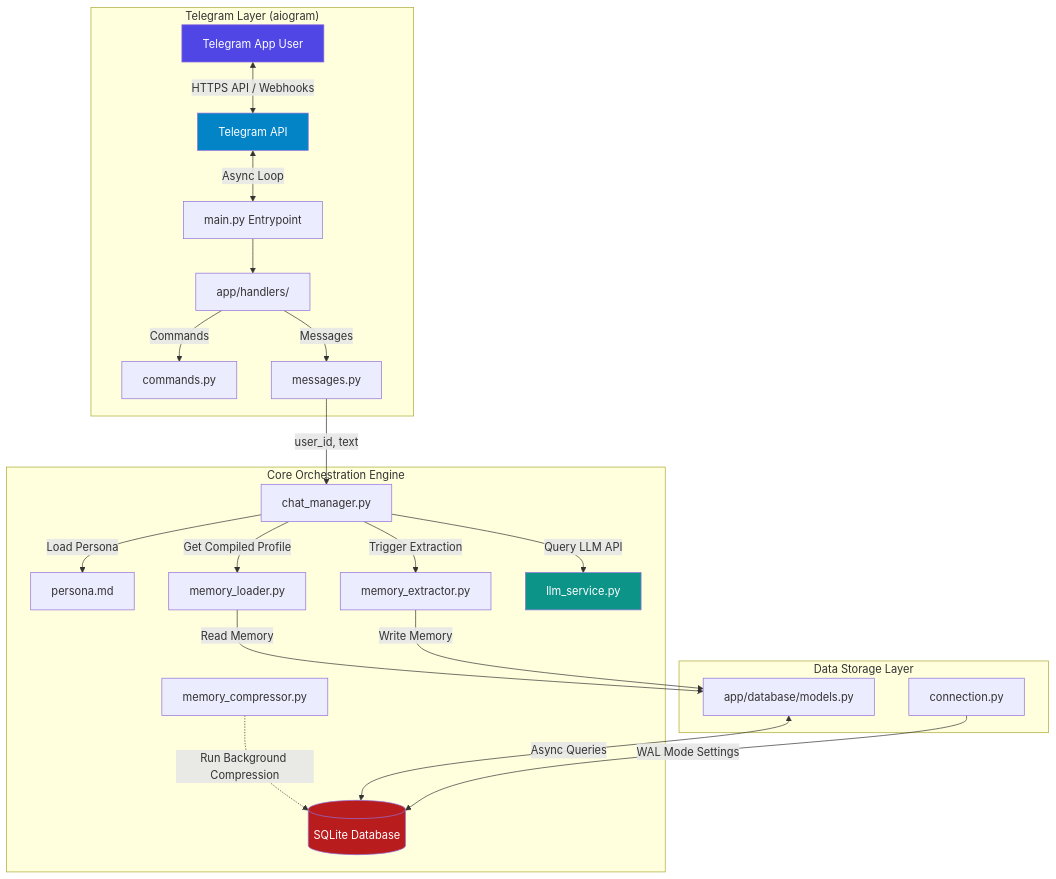
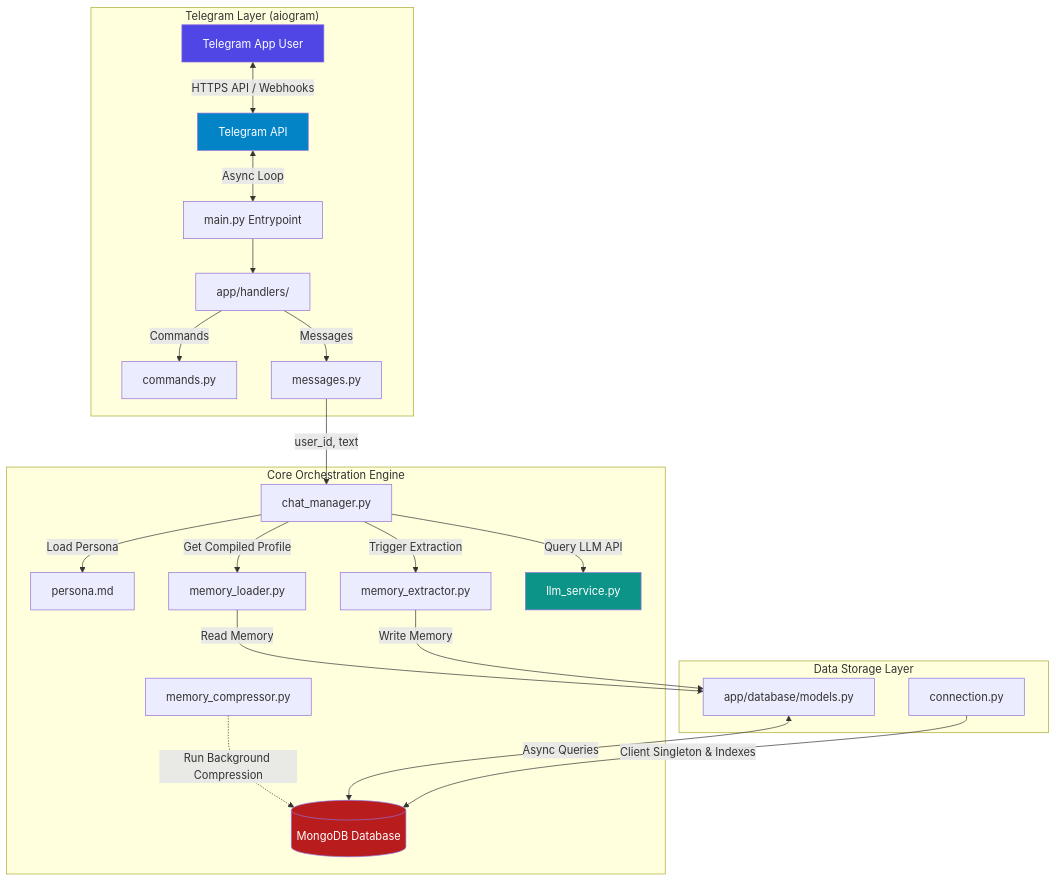
One commit to TechShreyash/ThinkMate changed the second of 2 diagrams in docs/architecture.md. Above: the diagram before and after it, drawn with Mermaid. The commit also changed other lines of this file and 33 other files, not shown here.

First line of the commit message:
feat: migrate database layer to MongoDB using motor driver

````diff
--- a/docs/architecture.md
+++ b/docs/architecture.md
@@ -102,31 +102,31 @@
 ```mermaid
 graph TB
     subgraph "Telegram Layer (aiogram)"
         U[Telegram App User] <-->|HTTPS API / Webhooks| TG[Telegram API]
         TG <-->|Async Loop| Main[main.py Entrypoint]
         Main --> Handlers[app/handlers/]
         Handlers -->|Commands| Cmds[commands.py]
         Handlers -->|Messages| Msgs[messages.py]
     end
 
     subgraph "Core Orchestration Engine"
         Msgs -->|user_id, text| Manager[chat_manager.py]
         Manager -->|Load Persona| Persona[persona.md]
         Manager -->|Get Compiled Profile| Loader[memory_loader.py]
         Manager -->|Trigger Extraction| Extractor[memory_extractor.py]
         Manager -->|Query LLM API| LLM[llm_service.py]
-        Compressor[memory_compressor.py] -.->|Run Background Compression| DB[(SQLite Database)]
+        Compressor[memory_compressor.py] -.->|Run Background Compression| DB[(MongoDB Database)]
     end
 
     subgraph "Data Storage Layer"
         Loader -->|Read Memory| Models[app/database/models.py]
         Extractor -->|Write Memory| Models
         Models <-->|Async Queries| DB
-        Conn[connection.py] -->|WAL Mode Settings| DB
+        Conn[connection.py] -->|Client Singleton & Indexes| DB
     end
 
     style U fill:#4f46e5,color:#fff
     style TG fill:#0284c7,color:#fff
     style LLM fill:#0d9488,color:#fff
     style DB fill:#b91c1c,color:#fff
 ```
````
